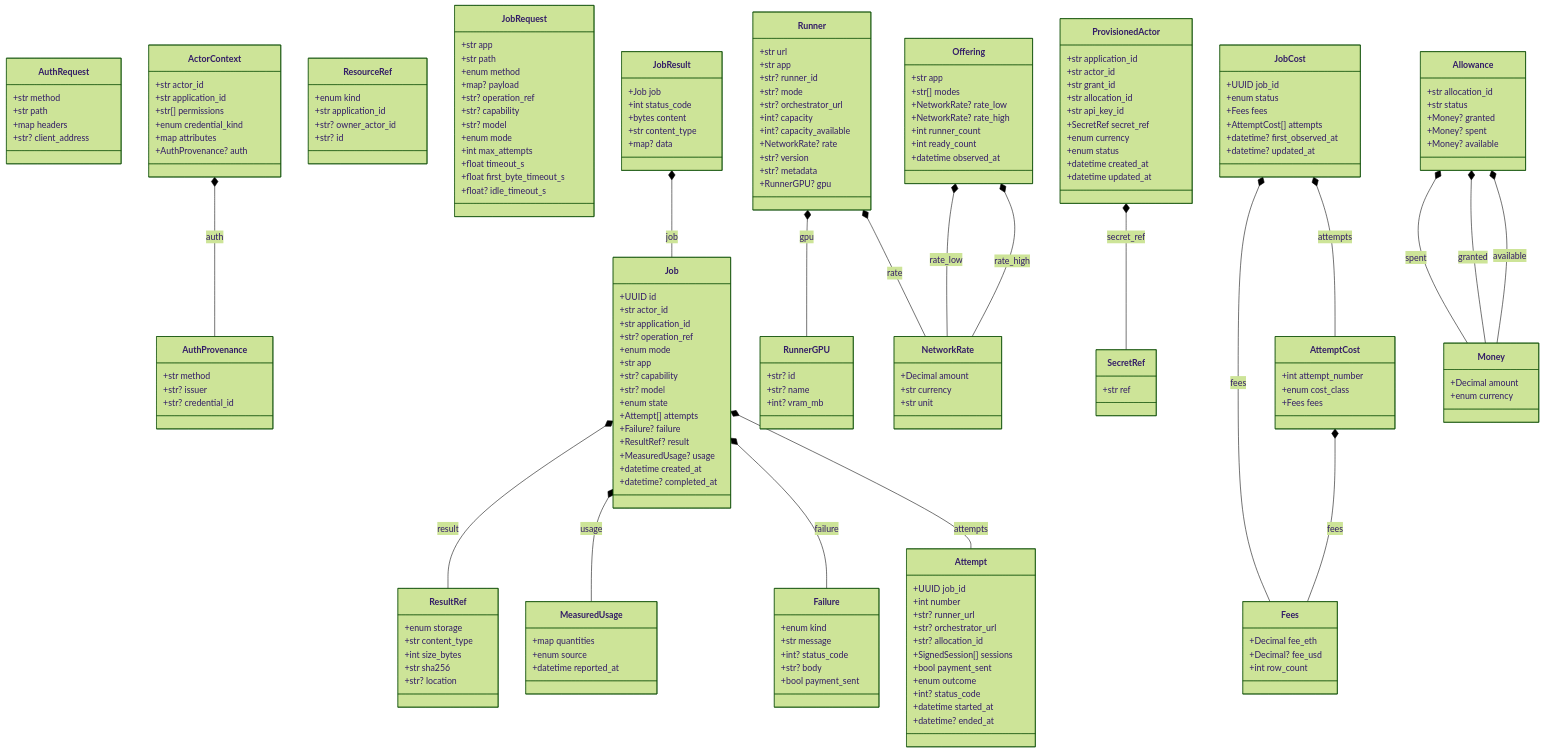
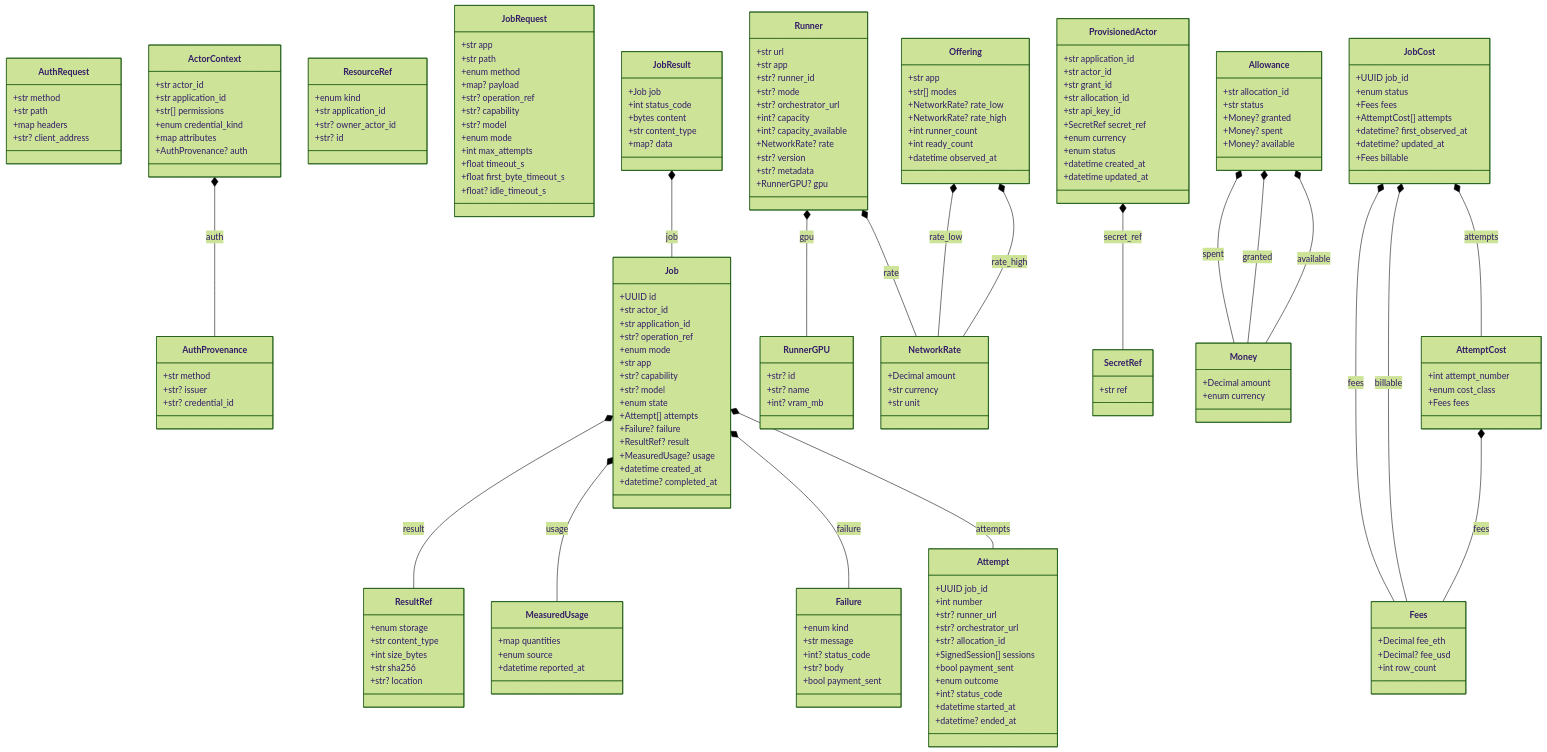
The diagram in docs/generated/contracts.md (NE-Build-Track/livepeer-builder-core), drawn with Mermaid (forest theme) before and after one commit. The commit also changed 22 other files, not shown here.

```diff
--- a/docs/generated/contracts.md
+++ b/docs/generated/contracts.md
@@ -140,6 +140,7 @@
         +AttemptCost[] attempts
         +datetime? first_observed_at
         +datetime? updated_at
+        +Fees billable
     }
     class AttemptCost {
         +int attempt_number
@@ -187,6 +188,7 @@
     Job *-- MeasuredUsage : usage
     Job *-- ResultRef : result
     JobCost *-- AttemptCost : attempts
+    JobCost *-- Fees : billable
     JobCost *-- Fees : fees
     JobResult *-- Job : job
     Offering *-- NetworkRate : rate_high
```
